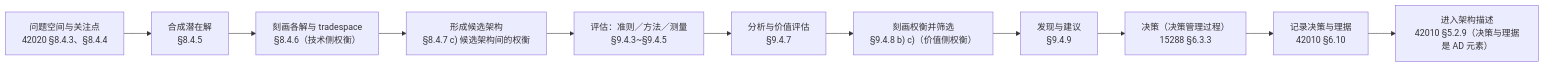
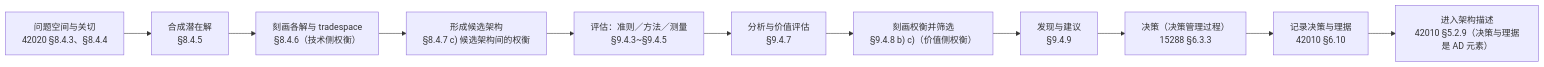
One commit to Yongjunzhou/business-Engineering changed the second of 3 diagrams in 10-系统工程研究/00-系统工程相关研究报告/38-架构权衡与架构决策研究报告-从标准定义与过程落点到决策记录装置.md. Above: the diagram before and after it, drawn with Mermaid. The commit also changed other lines of this file and 33 other files, not shown here.

````diff
--- a/10-系统工程研究/00-系统工程相关研究报告/38-架构权衡与架构决策研究报告-从标准定义与过程落点到决策记录装置.md
+++ b/10-系统工程研究/00-系统工程相关研究报告/38-架构权衡与架构决策研究报告-从标准定义与过程落点到决策记录装置.md
@@ -362,13 +362,13 @@
 ```mermaid
 flowchart LR
-  P["问题空间与关注点<br/>42020 §8.4.3、§8.4.4"] --> S["合成潜在解<br/>§8.4.5"]
+  P["问题空间与关切<br/>42020 §8.4.3、§8.4.4"] --> S["合成潜在解<br/>§8.4.5"]
   S --> T["刻画各解与 tradespace<br/>§8.4.6（技术侧权衡）"]
   T --> C["形成候选架构<br/>§8.4.7 c) 候选架构间的权衡"]
   C --> E["评估：准则／方法／测量<br/>§9.4.3~§9.4.5"]
   E --> A["分析与价值评估<br/>§9.4.7"]
   A --> TC["刻画权衡并筛选<br/>§9.4.8 b) c)（价值侧权衡）"]
   TC --> REC["发现与建议<br/>§9.4.9"]
   REC --> DM["决策（决策管理过程）<br/>15288 §6.3.3"]
   DM --> R["记录决策与理据<br/>42010 §6.10"]
   R --> AD["进入架构描述<br/>42010 §5.2.9（决策与理据是 AD 元素）"]
 ```
````
